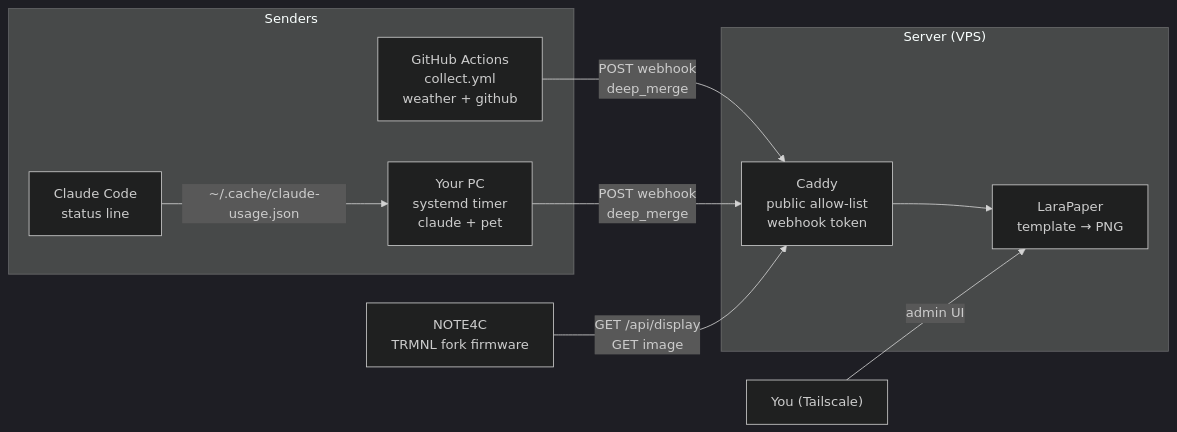
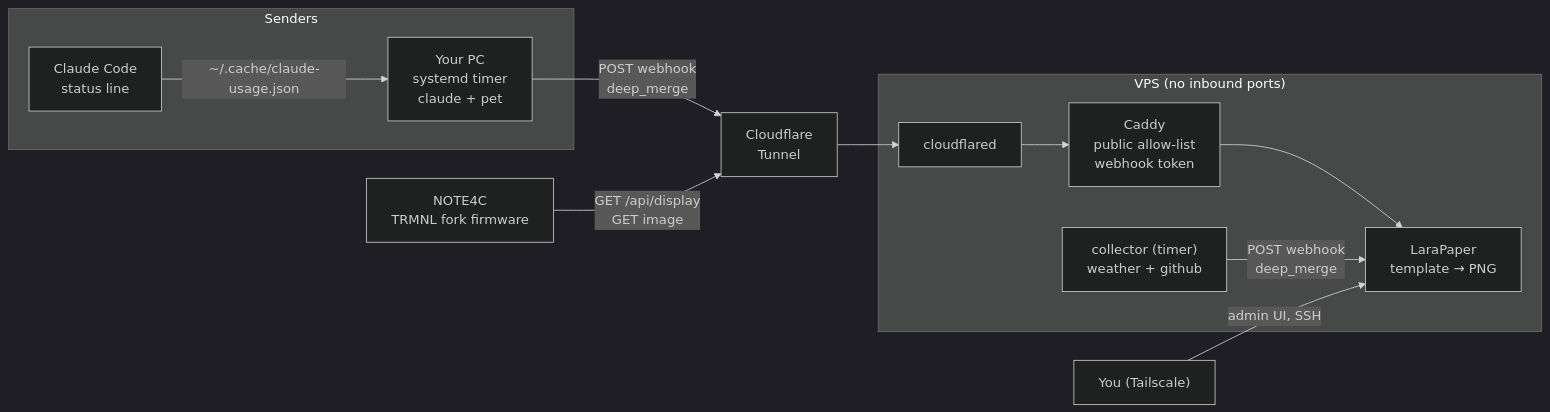
Before and after one commit to haguirrear/zectrix-dashboard: the diagram in docs/architecture.md, drawn with Mermaid (dark theme). The commit also changed other lines of this file and 15 other files, not shown here.

Commit message:
feat: move collector to vps

````diff
--- a/docs/architecture.md
+++ b/docs/architecture.md
@@ -3,17 +3,20 @@
 ```mermaid
 flowchart LR
   subgraph Senders
-    GA["GitHub Actions<br/>collect.yml<br/>weather + github"]
     PC["Your PC<br/>systemd timer<br/>claude + pet"]
     CC["Claude Code<br/>status line"] -- "~/.cache/claude-usage.json" --> PC
   end
-  subgraph Server["Server (VPS)"]
+  CF["Cloudflare<br/>Tunnel"]
+  subgraph Server["VPS (no inbound ports)"]
+    CFD["cloudflared"]
     CADDY["Caddy<br/>public allow-list<br/>webhook token"]
     LP["LaraPaper<br/>template → PNG"]
-    CADDY --> LP
+    COL["collector (timer)<br/>weather + github"]
+    CFD --> CADDY --> LP
+    COL -- "POST webhook<br/>deep_merge" --> LP
   end
-  GA -- "POST webhook<br/>deep_merge" --> CADDY
-  PC -- "POST webhook<br/>deep_merge" --> CADDY
-  DEV["NOTE4C<br/>TRMNL fork firmware"] -- "GET /api/display<br/>GET image" --> CADDY
-  YOU["You (Tailscale)"] -- "admin UI" --> LP
+  CF --> CFD
+  PC -- "POST webhook<br/>deep_merge" --> CF
+  DEV["NOTE4C<br/>TRMNL fork firmware"] -- "GET /api/display<br/>GET image" --> CF
+  YOU["You (Tailscale)"] -- "admin UI, SSH" --> LP
 ```
````
